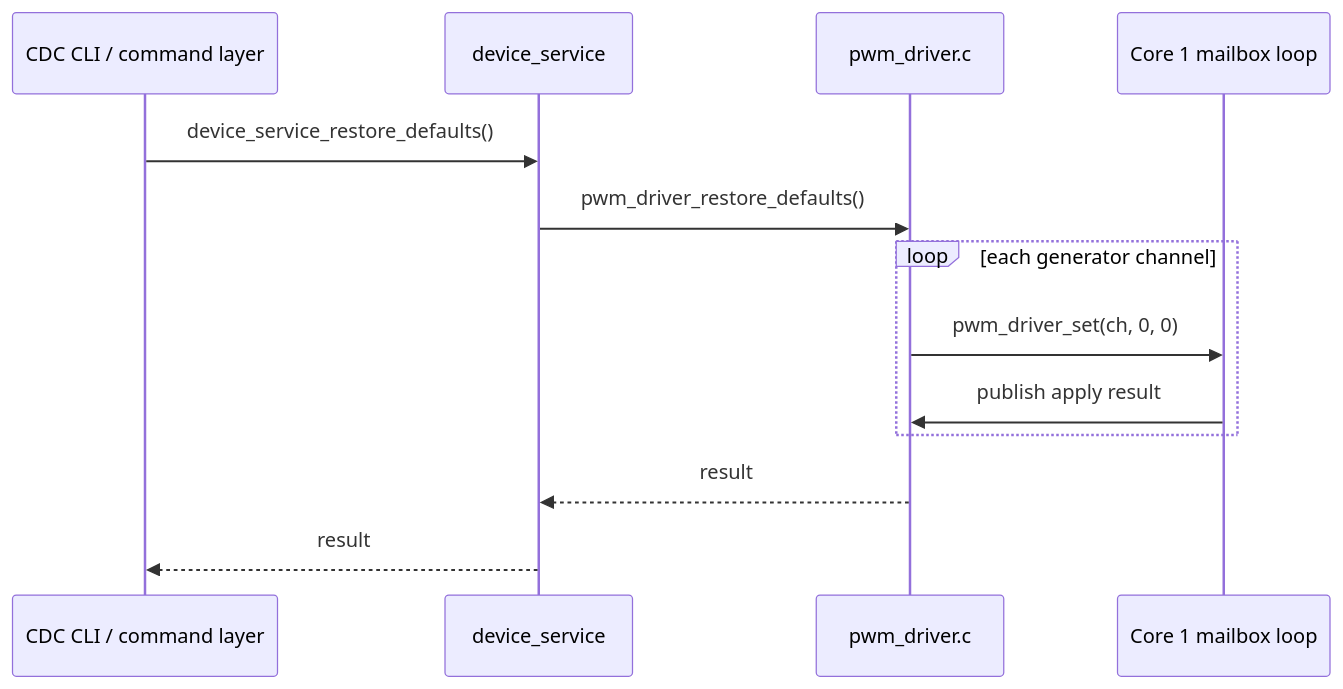
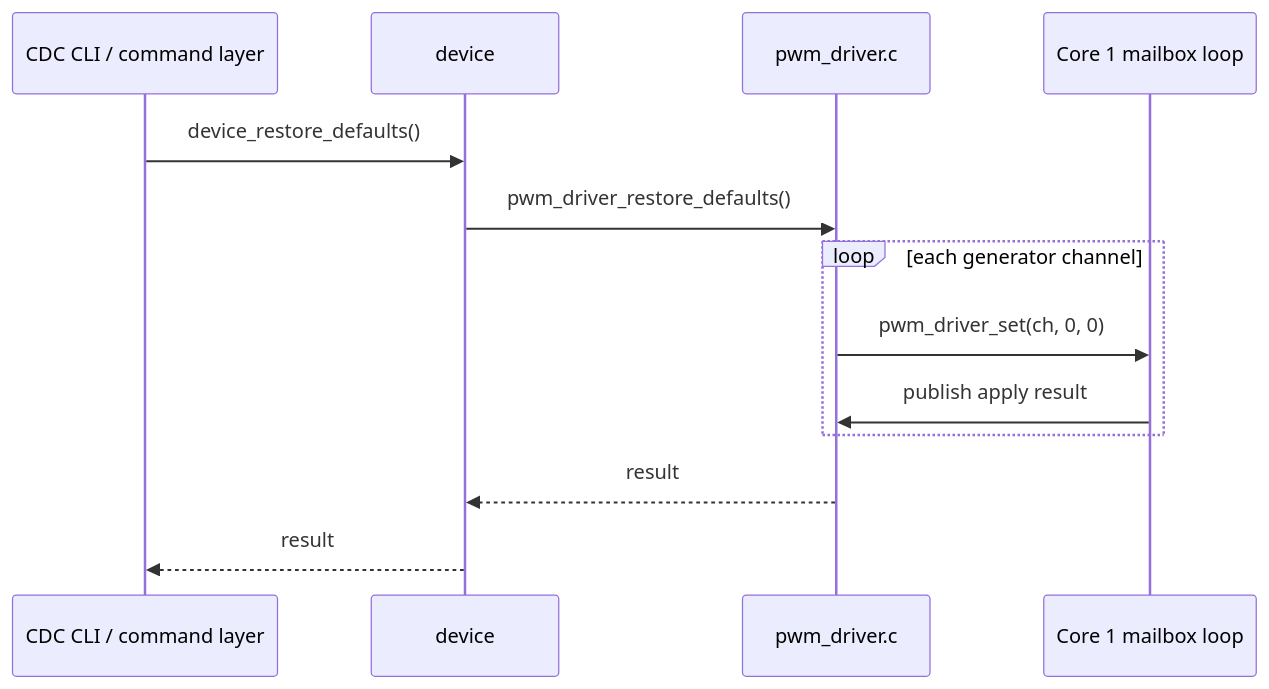
The sixth of 7 diagrams in docs/design/pwm_driver_design.md (djwinter29-oss/PicoPWM), drawn with Mermaid before and after one commit. The commit also changed other lines of this file and 43 other files, not shown here.

````diff
--- a/docs/design/pwm_driver_design.md
+++ b/docs/design/pwm_driver_design.md
@@ -342,16 +339,16 @@
 ```mermaid
 sequenceDiagram
     participant CLI as CDC CLI / command layer
-    participant CTL as device_service
+    participant CTL as device
     participant WR as pwm_driver.c
     participant C1 as Core 1 mailbox loop
 
-    CLI->>CTL: device_service_restore_defaults()
+    CLI->>CTL: device_restore_defaults()
     CTL->>WR: pwm_driver_restore_defaults()
     loop each generator channel
         WR->>C1: pwm_driver_set(ch, 0, 0)
         C1->>WR: publish apply result
     end
     WR-->>CTL: result
     CTL-->>CLI: result
 ```
````
